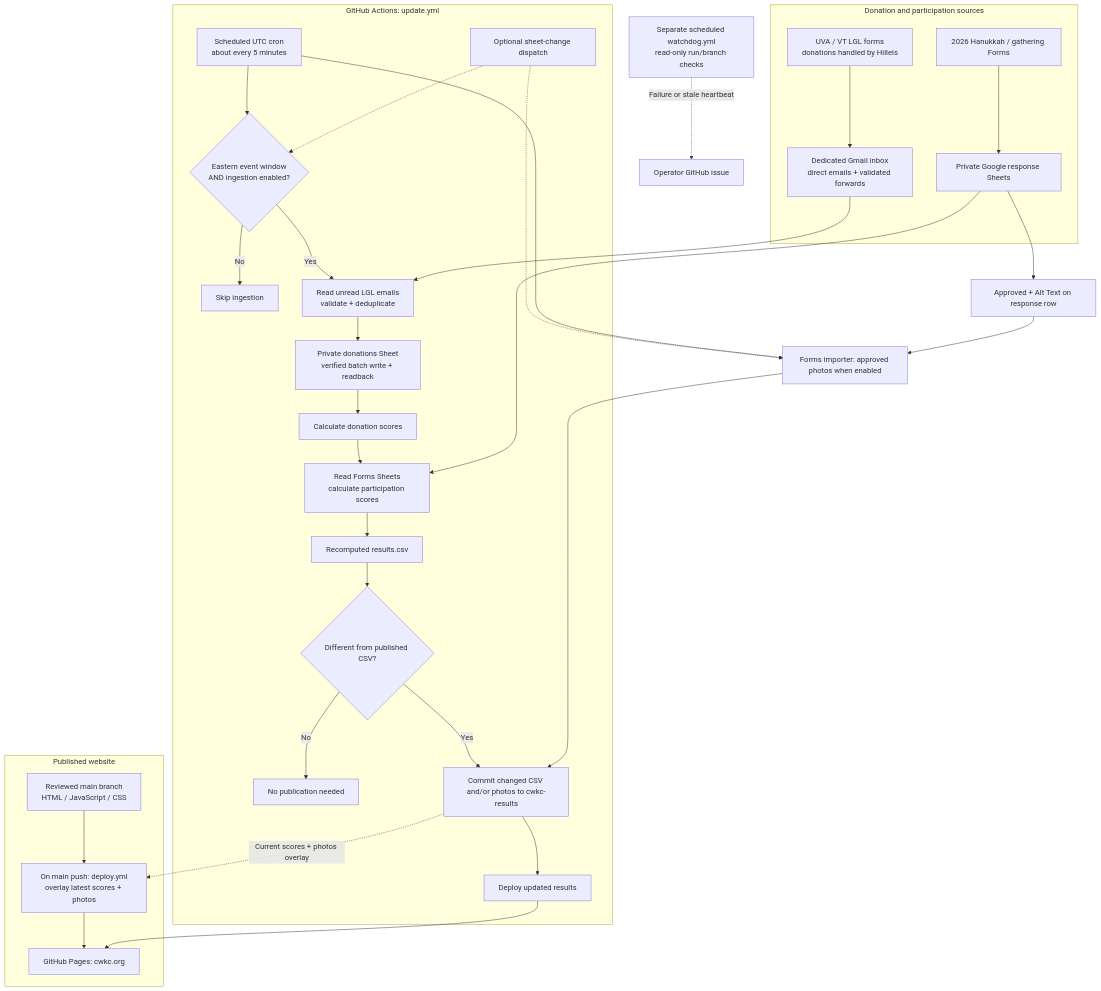
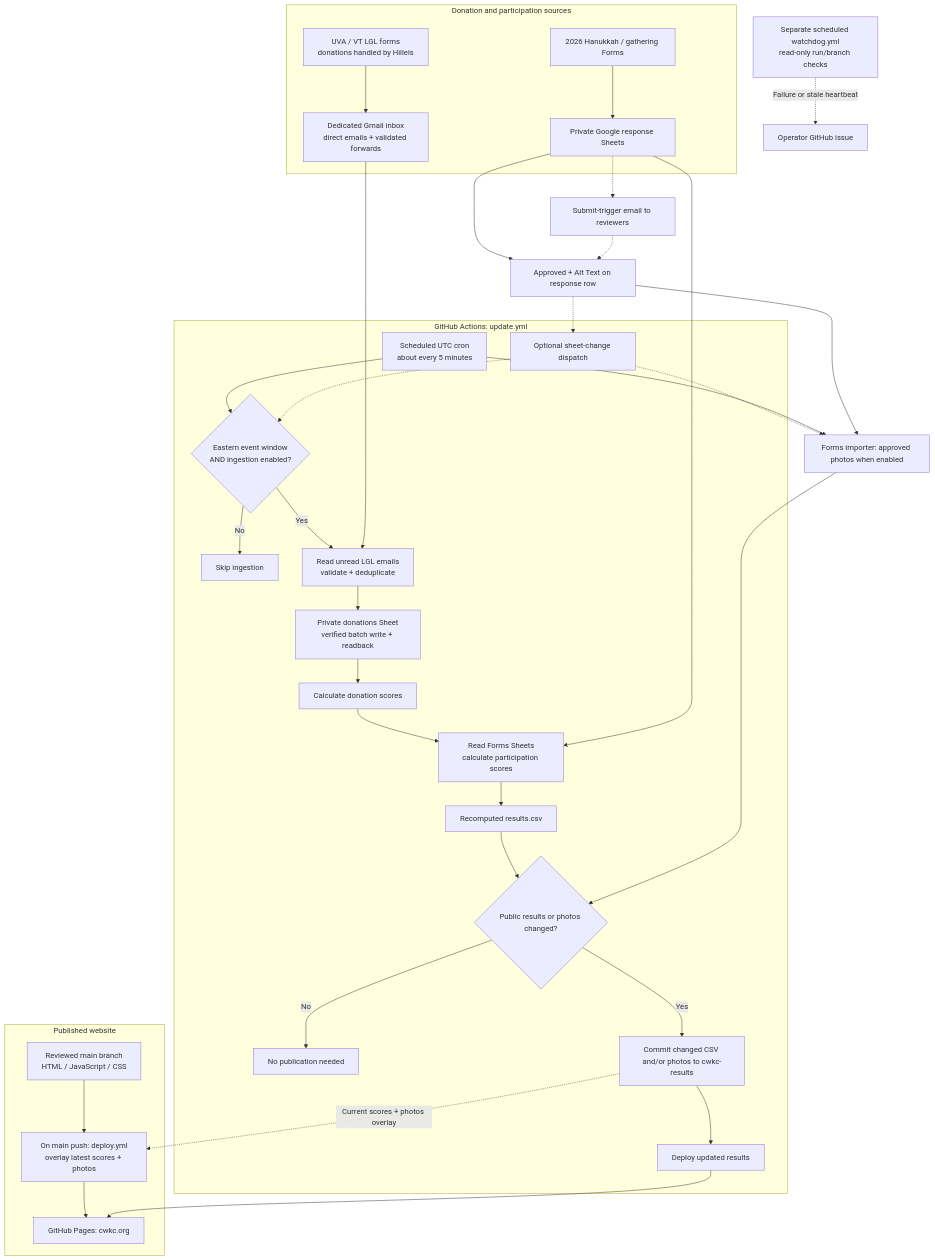
The diagram in README.md (msaperst/cwkc-v2), drawn with Mermaid before and after one commit. The commit also changed other lines of this file, not shown here.

Commit message:
Finalize shared workflow diagram and score/photo boundaries

````diff
--- a/README.md
+++ b/README.md
@@ -18,40 +18,43 @@
 ```mermaid
 flowchart TB
     subgraph sources["Donation and participation sources"]
         LGL["UVA / VT LGL forms<br/>donations handled by Hillels"] --> MAIL["Dedicated Gmail inbox<br/>direct emails + validated forwards"]
         FORMS["2026 Hanukkah / gathering Forms"] --> RESP["Private Google response Sheets"]
     end
 
     subgraph updates["GitHub Actions: update.yml"]
         CRON["Scheduled UTC cron<br/>about every 5 minutes"] --> GATE{"Eastern event window<br/>AND ingestion enabled?"}
         DISPATCH["Optional sheet-change dispatch"] -.-> GATE
         GATE -->|No| SKIP["Skip ingestion"]
         GATE -->|Yes| INGEST["Read unread LGL emails<br/>validate + deduplicate"]
         INGEST --> LEDGER["Private donations Sheet<br/>verified batch write + readback"]
         LEDGER --> SCORE["Calculate donation scores"]
         SCORE --> PARTICIPATION["Read Forms Sheets<br/>calculate participation scores"]
         PARTICIPATION --> CSV["Recomputed results.csv"]
-        CSV --> CHANGED{"Different from published CSV?"}
+        CSV --> CHANGED{"Public results or photos changed?"}
         CHANGED -->|No| NOCHANGE["No publication needed"]
         CHANGED -->|Yes| DATA["Commit changed CSV and/or photos to cwkc-results"]
         DATA --> RESULTDEPLOY["Deploy updated results"]
     end
 
     RESP --> APPROVAL["Approved + Alt Text on response row"]
+    RESP -.-> REVIEW["Submit-trigger email to reviewers"]
+    REVIEW -.-> APPROVAL
+    APPROVAL -.-> DISPATCH
     DISPATCH -.-> PHOTOS["Forms importer: approved photos when enabled"]
     CRON --> PHOTOS
     APPROVAL --> PHOTOS
-    PHOTOS --> DATA
+    PHOTOS --> CHANGED
 
     MAIL --> INGEST
     RESP --> PARTICIPATION
 
     subgraph public["Published website"]
         MAIN["Reviewed main branch<br/>HTML / JavaScript / CSS"] --> CODEDEPLOY["On main push: deploy.yml<br/>overlay latest scores + photos"]
         CODEDEPLOY --> PAGES["GitHub Pages: cwkc.org"]
         RESULTDEPLOY --> PAGES
     end
     DATA -.->|Current scores + photos overlay| CODEDEPLOY
 
     WATCH["Separate scheduled watchdog.yml<br/>read-only run/branch checks"] -.->|Failure or stale heartbeat| ISSUE["Operator GitHub issue"]
 ```
````
